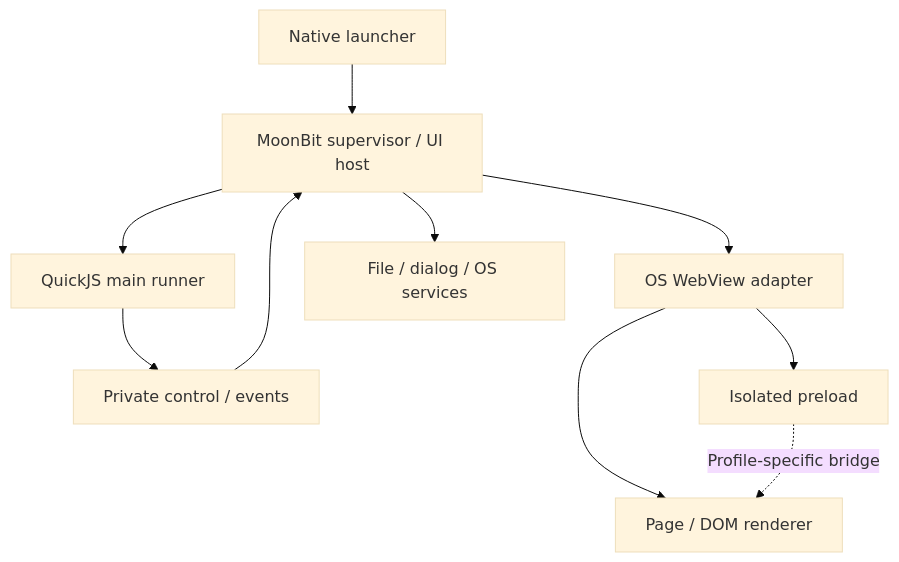
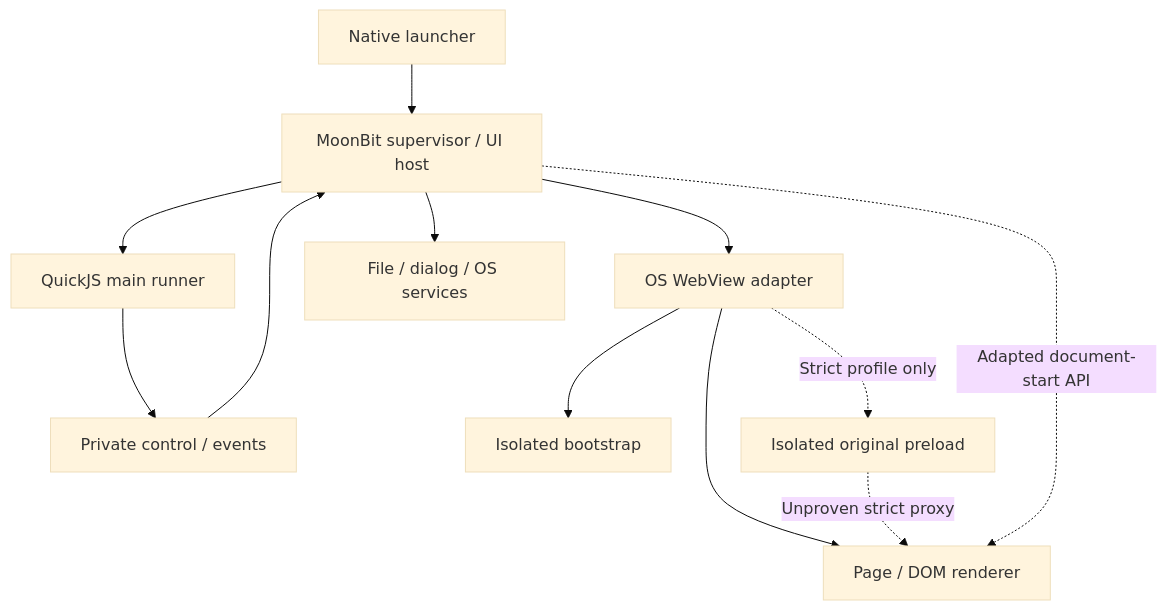
One commit to f4ah6o/electron.mbt changed the diagram in issues/open/0006-runtime-architecture-and-profiles.md. Above: the diagram before and after it, drawn with Mermaid (base theme). The commit also changed other lines of this file and 18 other files, not shown here.

````diff
--- a/issues/open/0006-runtime-architecture-and-profiles.md
+++ b/issues/open/0006-runtime-architecture-and-profiles.md
@@ -33,12 +69,14 @@
 ```mermaid
 flowchart TD
   L["Native launcher"] --> H["MoonBit supervisor / UI host"]
   H --> Q["QuickJS main runner"]
   Q --> T["Private control / events"]
   T --> H
   H --> W["OS WebView adapter"]
-  W --> P["Isolated preload"]
+  W --> B["Isolated bootstrap"]
   W --> R["Page / DOM renderer"]
-  P -. "Profile-specific bridge" .-> R
+  W -. "Strict profile only" .-> P["Isolated original preload"]
+  P -. "Unproven strict proxy" .-> R
+  H -. "Adapted document-start API" .-> R
   H --> S["File / dialog / OS services"]
 ```
````
